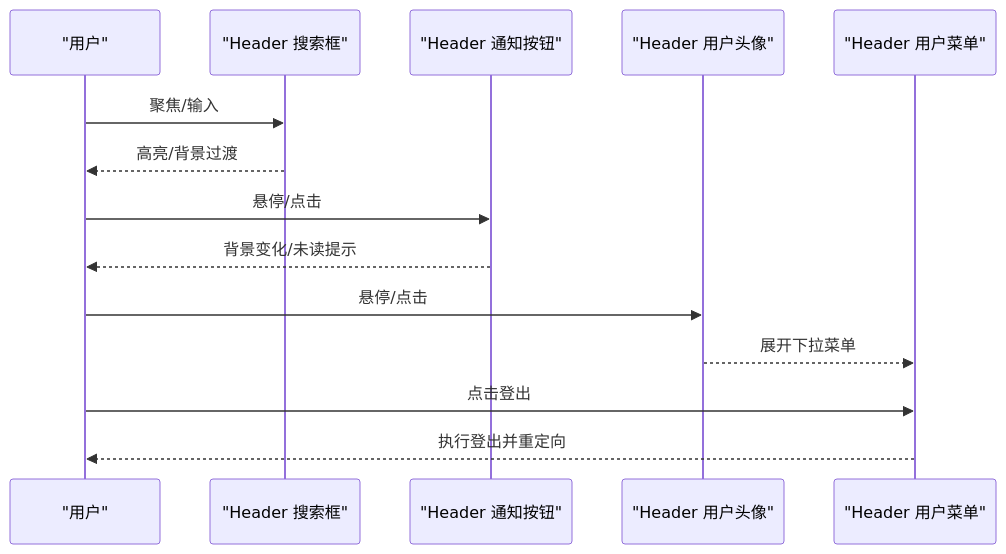
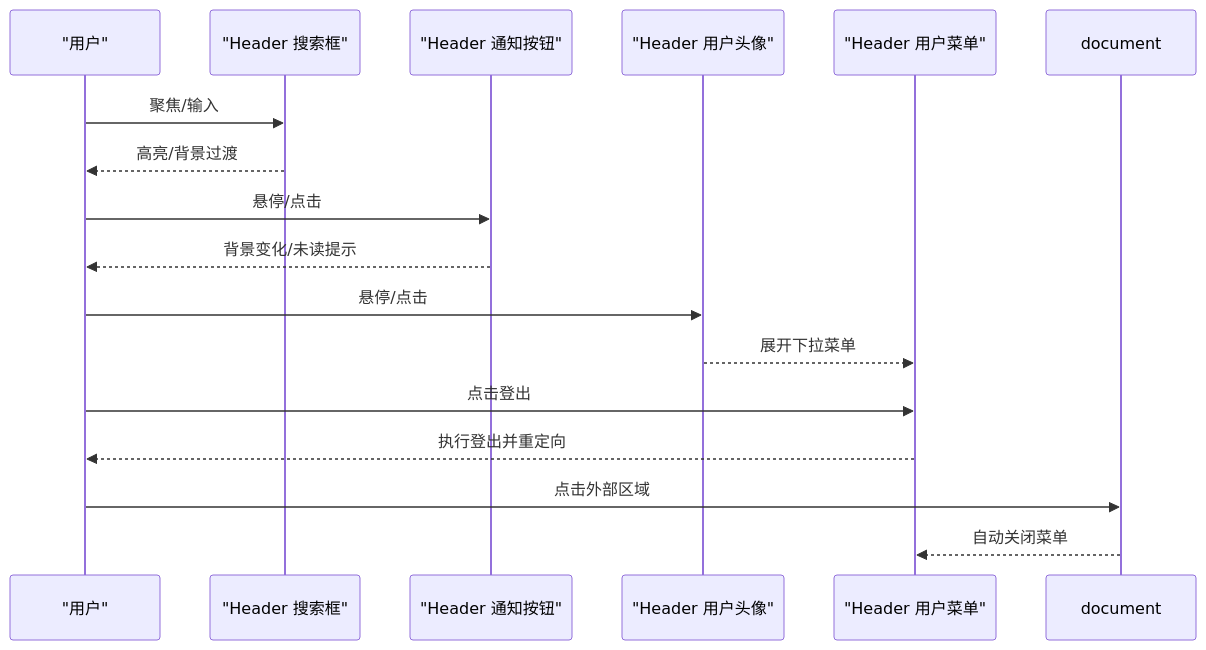
One commit to xianjianshenqu/SalesFlow-CRM changed the fourth of 7 diagrams in .qoder/repowiki/zh/content/核心组件/头部组件 (Header).md. Above: the diagram before and after it, drawn with Mermaid. The commit also changed other lines of this file and 9 other files, not shown here.

````diff
--- a/.qoder/repowiki/zh/content/核心组件/头部组件 (Header).md
+++ b/.qoder/repowiki/zh/content/核心组件/头部组件 (Header).md
@@ -155,16 +154,18 @@
 ```mermaid
 sequenceDiagram
 participant U as "用户"
 participant HS as "Header 搜索框"
 participant HB as "Header 通知按钮"
 participant HP as "Header 用户头像"
 participant HM as "Header 用户菜单"
 U->>HS : 聚焦/输入
 HS-->>U : 高亮/背景过渡
 U->>HB : 悬停/点击
 HB-->>U : 背景变化/未读提示
 U->>HP : 悬停/点击
 HP-->>HM : 展开下拉菜单
 U->>HM : 点击登出
 HM-->>U : 执行登出并重定向
+U->>document : 点击外部区域
+document-->>HM : 自动关闭菜单
 ```
````
